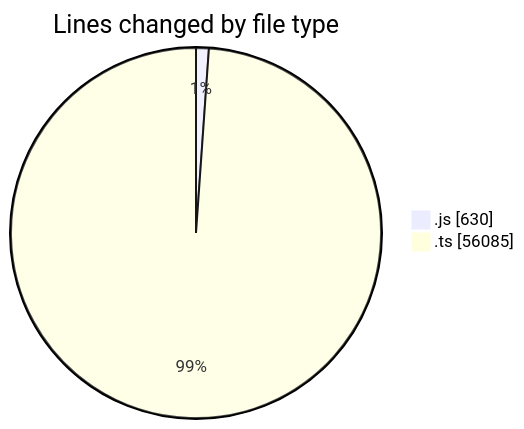
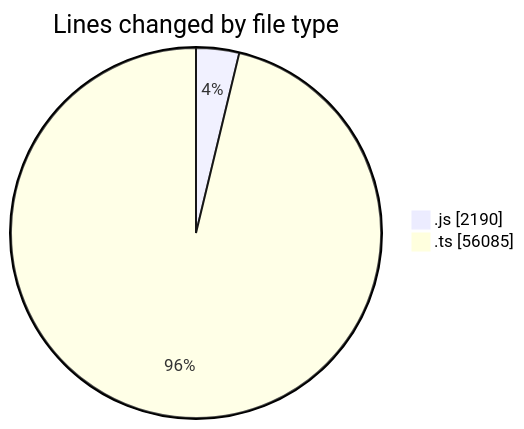
The first of 2 diagrams in 2025-06-19/cda/README.md (momahboobian/code-tracking), drawn with Mermaid before and after one commit. The commit also changed other lines of this file and 1 other file, not shown here.

````diff
--- a/2025-06-19/cda/README.md
+++ b/2025-06-19/cda/README.md
@@ -34,6 +35,6 @@
 ```mermaid
 pie showData
 title Lines changed by file type
-".js" : 630
+".js" : 2190
 ".ts" : 56085
 ```
````
